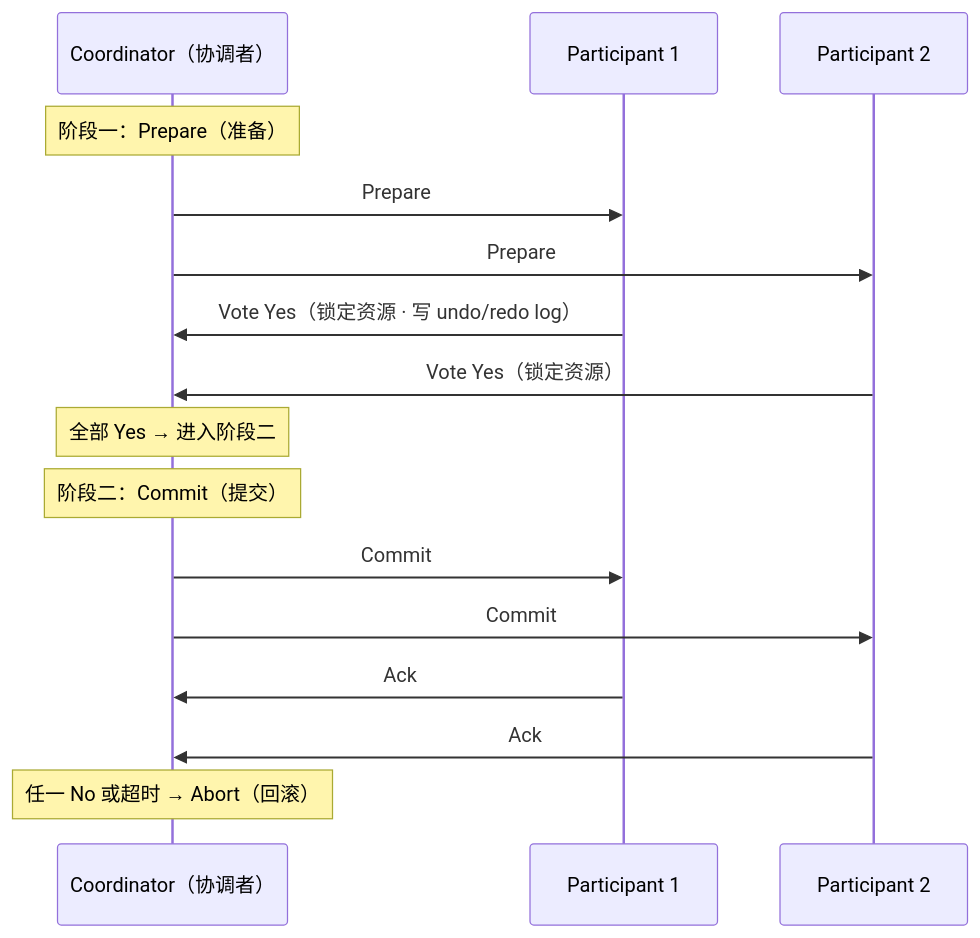
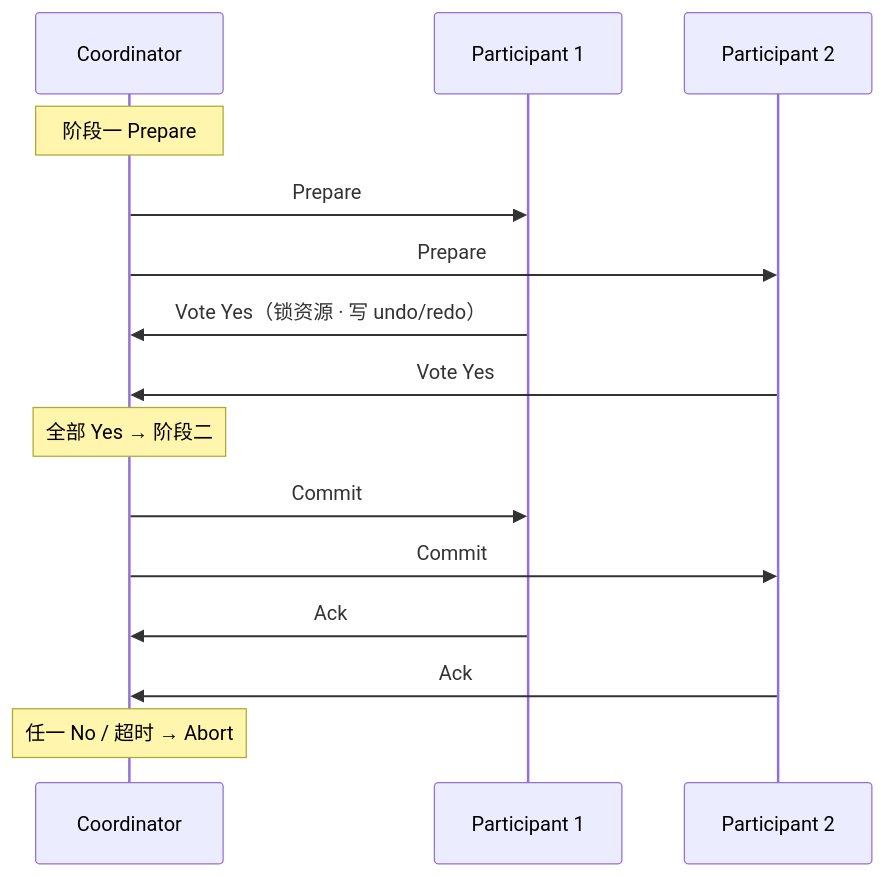
The eighth of 11 diagrams in 02-中间件与数据库/06-分布式理论与一致性/知识点.md (ml-cuizijun/LearnToLilith), drawn with Mermaid before and after one commit. The commit also changed other lines of this file and 178 other files, not shown here.

````diff
--- a/02-中间件与数据库/06-分布式理论与一致性/知识点.md
+++ b/02-中间件与数据库/06-分布式理论与一致性/知识点.md
@@ -327,18 +346,17 @@
 ```mermaid
 sequenceDiagram
-    participant C as Coordinator（协调者）
+    participant C as Coordinator
     participant P1 as Participant 1
     participant P2 as Participant 2
-    Note over C: 阶段一：Prepare（准备）
+    Note over C: 阶段一 Prepare
     C->>P1: Prepare
     C->>P2: Prepare
-    P1->>C: Vote Yes（锁定资源 · 写 undo/redo log）
-    P2->>C: Vote Yes（锁定资源）
-    Note over C: 全部 Yes → 进入阶段二
-    Note over C: 阶段二：Commit（提交）
+    P1->>C: Vote Yes（锁资源 · 写 undo/redo）
+    P2->>C: Vote Yes
+    Note over C: 全部 Yes → 阶段二
     C->>P1: Commit
     C->>P2: Commit
     P1->>C: Ack
     P2->>C: Ack
-    Note over C: 任一 No 或超时 → Abort（回滚）
+    Note over C: 任一 No / 超时 → Abort
 ```
````
